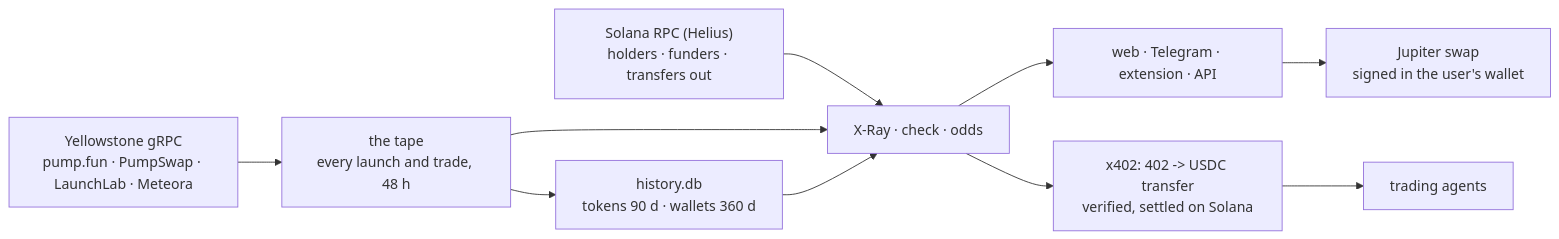
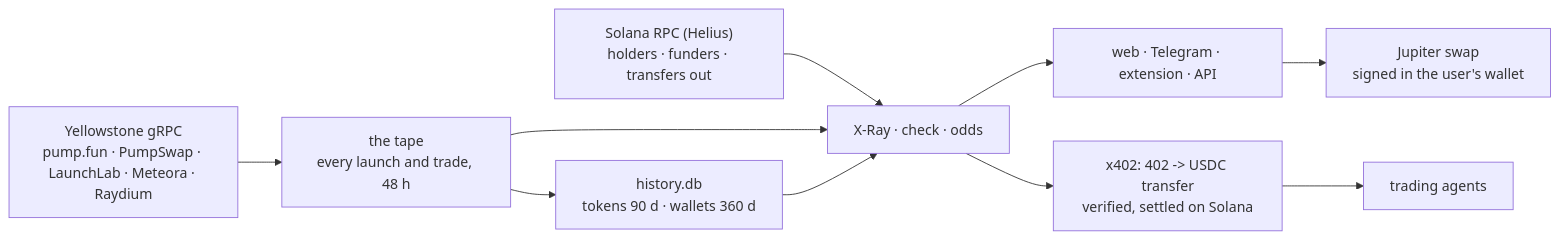
Before and after one commit to 0xNickdev/aiagentzoo: the first of 2 diagrams in README.md, drawn with Mermaid. The commit also changed other lines of this file, not shown here.

Commit message:
readme: raydium, old coins, radar, dev-sell reads, operators, links and build check, new routes, current totals

````diff
--- a/README.md
+++ b/README.md
@@ -64,12 +69,12 @@
 ```mermaid
 flowchart LR
-  G["Yellowstone gRPC<br/>pump.fun · PumpSwap · LaunchLab · Meteora"] --> T["the tape<br/>every launch and trade, 48 h"]
+  G["Yellowstone gRPC<br/>pump.fun · PumpSwap · LaunchLab · Meteora · Raydium"] --> T["the tape<br/>every launch and trade, 48 h"]
   T --> H["history.db<br/>tokens 90 d · wallets 360 d"]
   R["Solana RPC (Helius)<br/>holders · funders · transfers out"] --> X
   T --> X["X-Ray · check · odds"]
   H --> X
   X --> U["web · Telegram · extension · API"]
   U --> J["Jupiter swap<br/>signed in the user's wallet"]
   X --> P["x402: 402 -> USDC transfer<br/>verified, settled on Solana"]
   P --> A["trading agents"]
 ```
````
